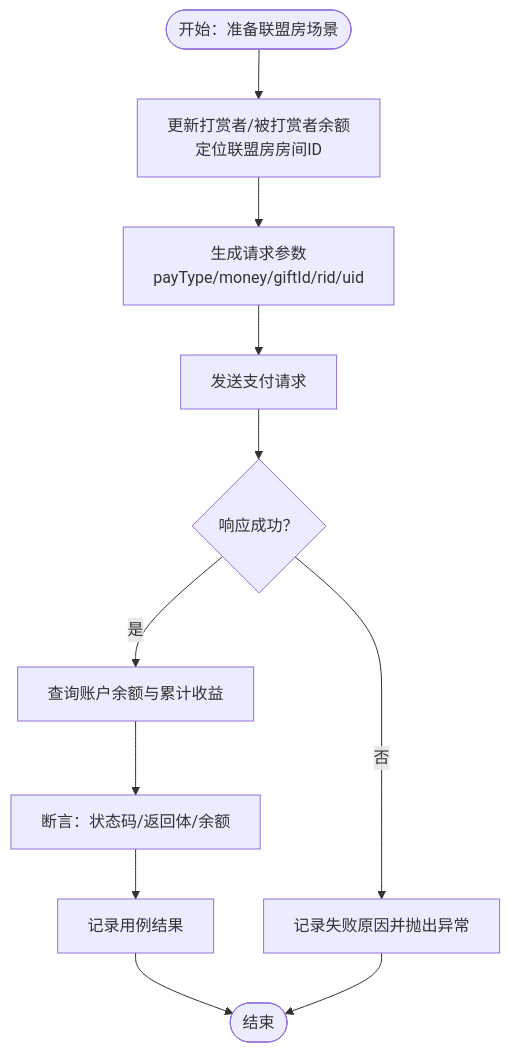
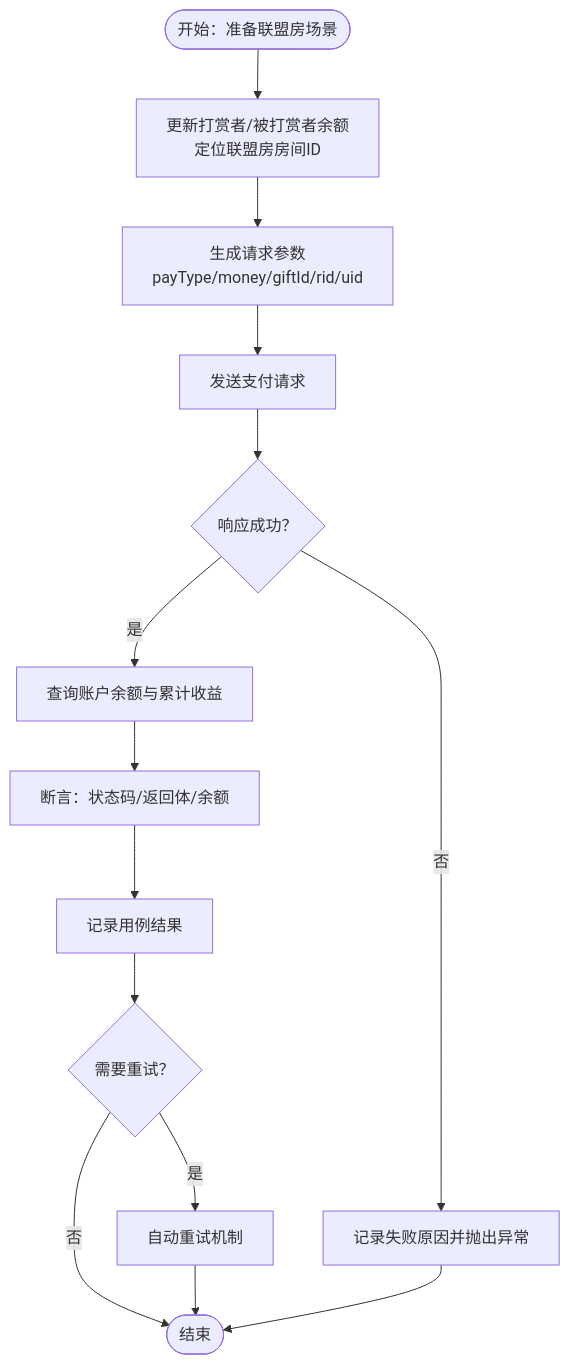
One commit to liximing1-ola/qa-payTest changed the third of 4 diagrams in .qoder/repowiki/zh/content/支付测试用例/房间支付测试/联盟房支付测试.md. Above: the diagram before and after it, drawn with Mermaid. The commit also changed other lines of this file and 103 other files, not shown here.

````diff
--- a/.qoder/repowiki/zh/content/支付测试用例/房间支付测试/联盟房支付测试.md
+++ b/.qoder/repowiki/zh/content/支付测试用例/房间支付测试/联盟房支付测试.md
@@ -171,13 +199,16 @@
 ```mermaid
 flowchart TD
 Start(["开始：准备联盟房场景"]) --> Prep["更新打赏者/被打赏者余额<br/>定位联盟房房间ID"]
 Prep --> Encode["生成请求参数<br/>payType/money/giftId/rid/uid"]
 Encode --> Send["发送支付请求"]
 Send --> Resp{"响应成功？"}
 Resp --> |否| Fail["记录失败原因并抛出异常"]
 Resp --> |是| Check["查询账户余额与累计收益"]
 Check --> Assert["断言：状态码/返回体/余额"]
 Assert --> Record["记录用例结果"]
-Record --> End(["结束"])
+Record --> Retry{"需要重试？"}
+Retry --> |是| Retest["自动重试机制"]
+Retry --> |否| End(["结束"])
+Retest --> End
 Fail --> End
 ```
````
